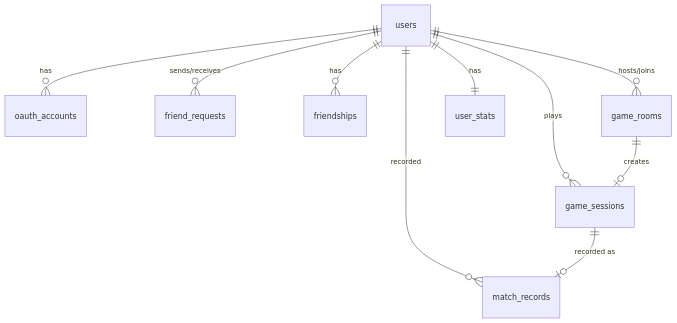
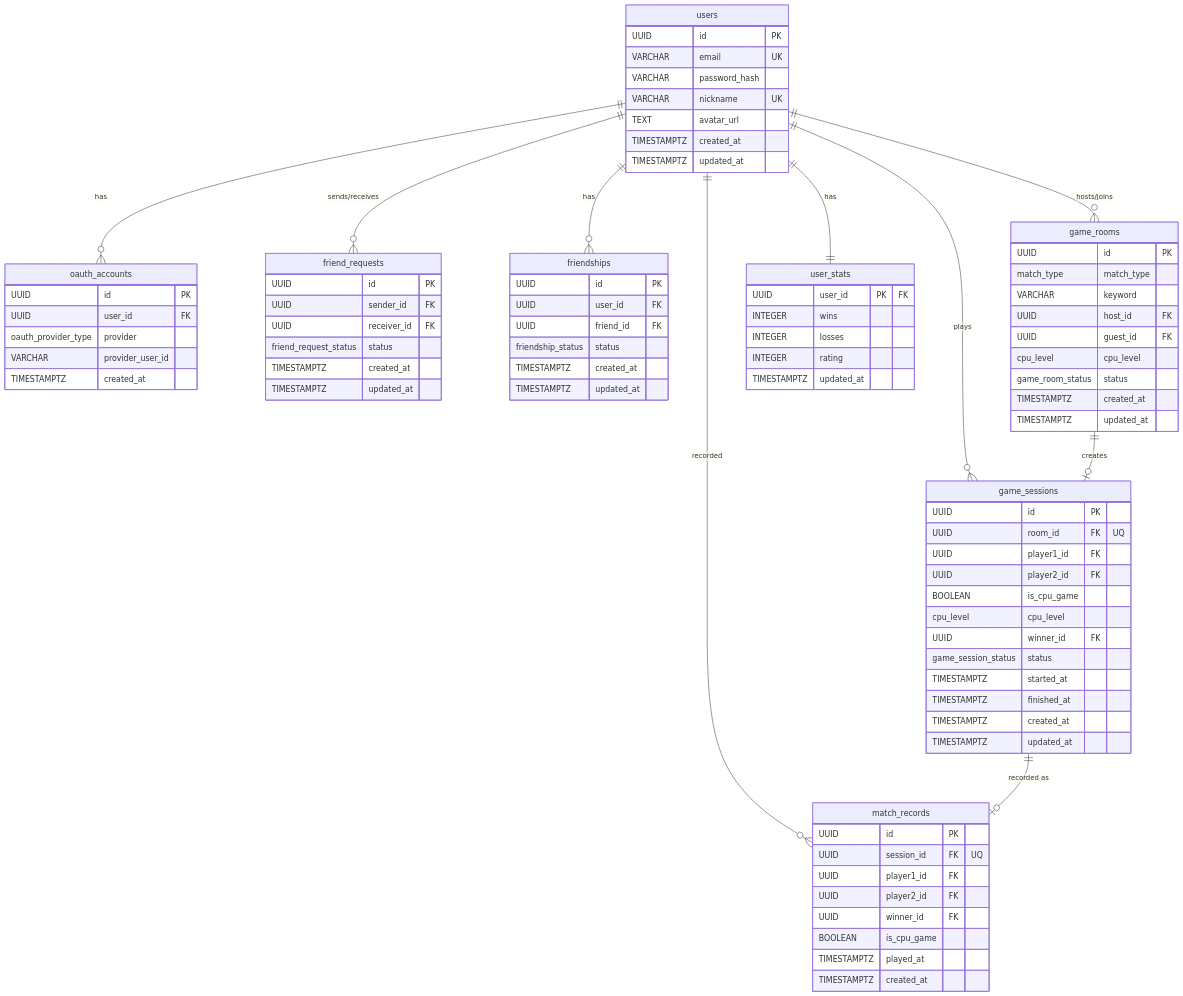
Before and after one commit to 42-group-projects/ft_transcendence: the diagram in docs/schema.md, drawn with Mermaid.

Commit message:
[ADD] テーブルのカラム

````diff
--- a/docs/schema.md
+++ b/docs/schema.md
@@ -17,5 +17,80 @@
 ```mermaid
 erDiagram
+    users {
+        UUID id PK
+        VARCHAR email UK
+        VARCHAR password_hash
+        VARCHAR nickname UK
+        TEXT avatar_url
+        TIMESTAMPTZ created_at
+        TIMESTAMPTZ updated_at
+    }
+    oauth_accounts {
+        UUID id PK
+        UUID user_id FK
+        oauth_provider_type provider
+        VARCHAR provider_user_id
+        TIMESTAMPTZ created_at
+    }
+    friend_requests {
+        UUID id PK
+        UUID sender_id FK
+        UUID receiver_id FK
+        friend_request_status status
+        TIMESTAMPTZ created_at
+        TIMESTAMPTZ updated_at
+    }
+    friendships {
+        UUID id PK
+        UUID user_id FK
+        UUID friend_id FK
+        friendship_status status
+        TIMESTAMPTZ created_at
+        TIMESTAMPTZ updated_at
+    }
+    game_rooms {
+        UUID id PK
+        match_type match_type
+        VARCHAR keyword
+        UUID host_id FK
+        UUID guest_id FK
+        cpu_level cpu_level
+        game_room_status status
+        TIMESTAMPTZ created_at
+        TIMESTAMPTZ updated_at
+    }
+    game_sessions {
+        UUID id PK
+        UUID room_id FK "UQ"
+        UUID player1_id FK
+        UUID player2_id FK
+        BOOLEAN is_cpu_game
+        cpu_level cpu_level
+        UUID winner_id FK
+        game_session_status status
+        TIMESTAMPTZ started_at
+        TIMESTAMPTZ finished_at
+        TIMESTAMPTZ created_at
+        TIMESTAMPTZ updated_at
+    }
+    match_records {
+        UUID id PK
+        UUID session_id FK "UQ"
+        UUID player1_id FK
+        UUID player2_id FK
+        UUID winner_id FK
+        BOOLEAN is_cpu_game
+        TIMESTAMPTZ played_at
+        TIMESTAMPTZ created_at
+    }
+    user_stats {
+        UUID user_id PK "FK"
+        INTEGER wins
+        INTEGER losses
+        INTEGER rating
+        TIMESTAMPTZ updated_at
+    }
+
     users ||--o{ oauth_accounts : "has"
     users ||--o{ friend_requests : "sends/receives"
     users ||--o{ friendships : "has"
````
